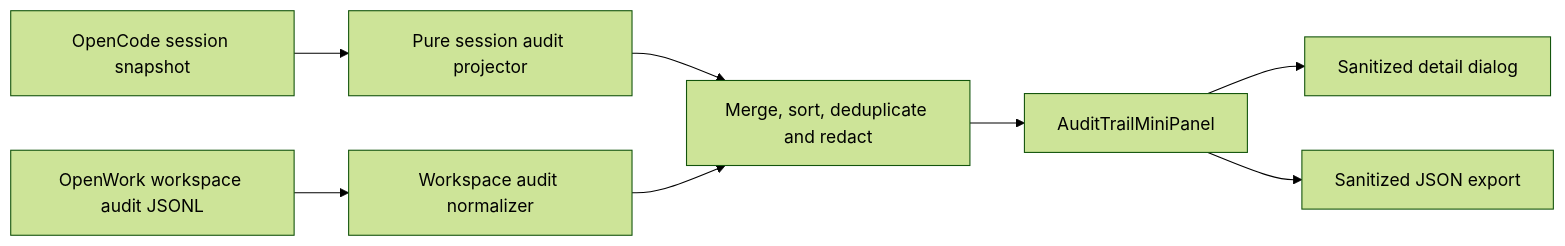
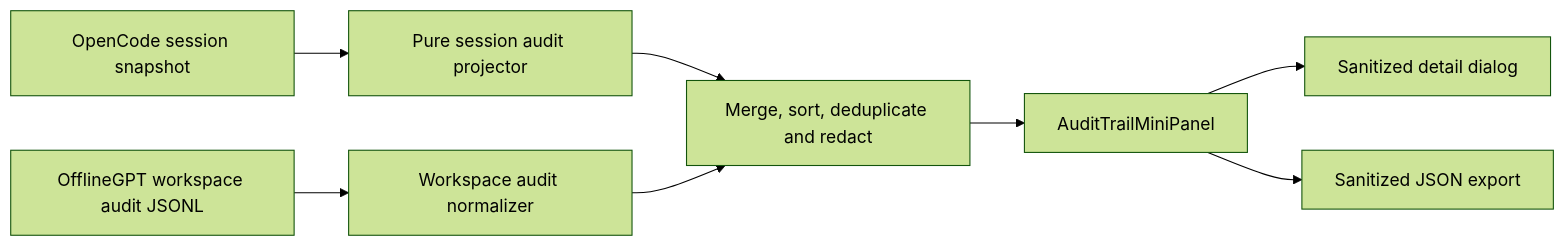
One commit to soumyacodes007/Offline-GPT changed the diagram in docs/AUDIT_TRAIL_ROADMAP.md. Above: the diagram before and after it, drawn with Mermaid (forest theme). The commit also changed other lines of this file and 2556 other files, not shown here.

````diff
--- a/docs/AUDIT_TRAIL_ROADMAP.md
+++ b/docs/AUDIT_TRAIL_ROADMAP.md
@@ -139,10 +139,10 @@
 ```mermaid
 flowchart LR
     A[OpenCode session snapshot] --> C[Pure session audit projector]
-    B[OpenWork workspace audit JSONL] --> D[Workspace audit normalizer]
+    B[OfflineGPT workspace audit JSONL] --> D[Workspace audit normalizer]
     C --> E[Merge, sort, deduplicate and redact]
     D --> E
     E --> F[AuditTrailMiniPanel]
     F --> G[Sanitized detail dialog]
     F --> H[Sanitized JSON export]
 ```
````
